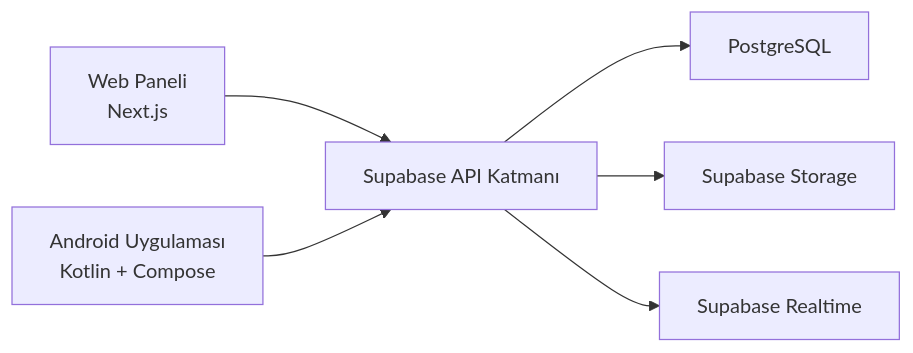
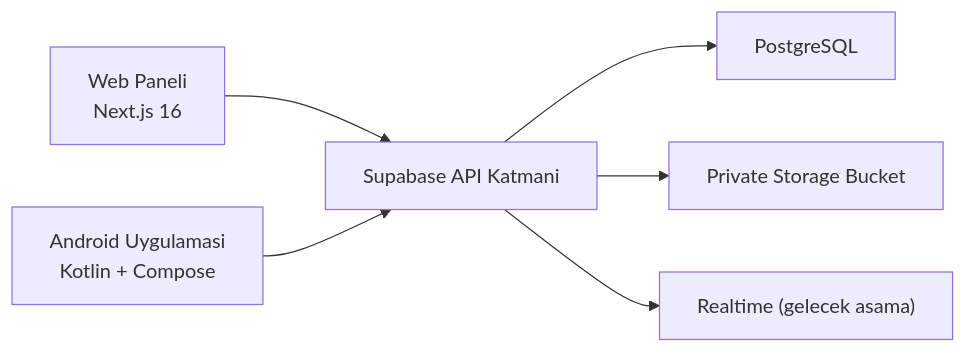
The diagram in docs/ARCHITECTURE.md (ahsenpehlivan/TepebasiBTDestek), drawn with Mermaid before and after one commit. The commit also changed other lines of this file and 53 other files, not shown here.

Commit message:
feat(web): add Supabase SSR authentication foundation

````diff
--- a/docs/ARCHITECTURE.md
+++ b/docs/ARCHITECTURE.md
@@ -9,8 +7,8 @@
 ```mermaid
 flowchart LR
-    Web["Web Paneli<br/>Next.js"] --> API["Supabase API Katmanı"]
-    Android["Android Uygulaması<br/>Kotlin + Compose"] --> API
+    Web["Web Paneli<br/>Next.js 16"] --> API["Supabase API Katmani"]
+    Android["Android Uygulamasi<br/>Kotlin + Compose"] --> API
     API --> DB["PostgreSQL"]
-    API --> Storage["Supabase Storage"]
-    API --> Realtime["Supabase Realtime"]
+    API --> Storage["Private Storage Bucket"]
+    API --> Realtime["Realtime (gelecek asama)"]
 ```
````
